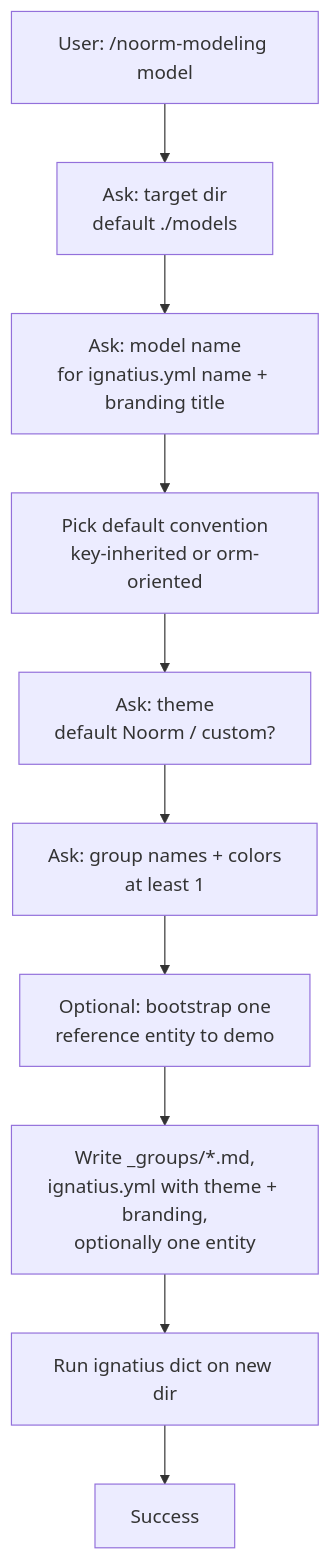
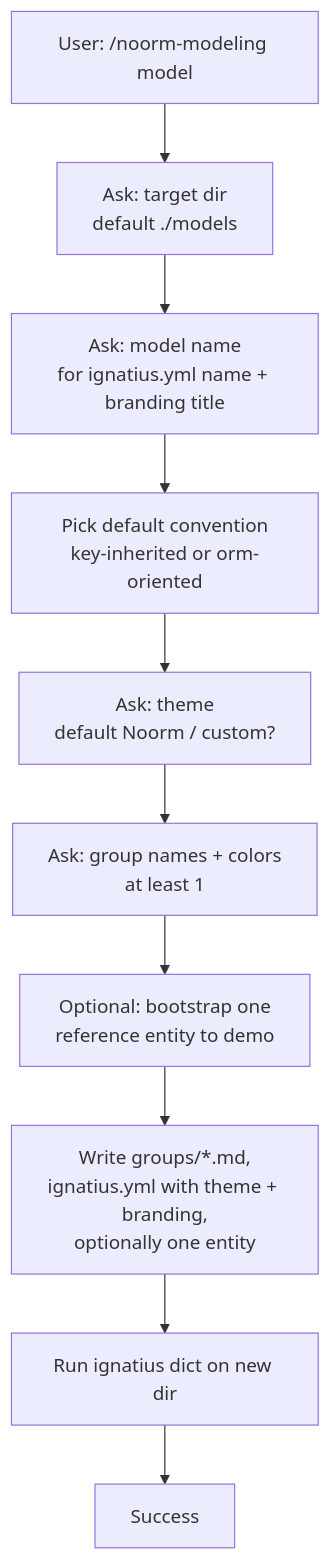
Before and after one commit to noormdev/ignatius: the second of 2 diagrams in docs/design/noorm-modeling-skill.md, drawn with Mermaid. The commit also changed other lines of this file and 210 other files, not shown here.

First line of the commit message:
feat(model): adopt data/ + flows/ folder model (#16)

````diff
--- a/docs/design/noorm-modeling-skill.md
+++ b/docs/design/noorm-modeling-skill.md
@@ -73,12 +73,12 @@
 ```mermaid
 flowchart TD
     Start[User: /noorm-modeling model] --> Q1[Ask: target dir<br/>default ./models]
     Q1 --> Q2[Ask: model name<br/>for ignatius.yml name + branding title]
     Q2 --> Q3[Pick default convention<br/>key-inherited or orm-oriented]
     Q3 --> Q4[Ask: theme<br/>default Noorm / custom?]
     Q4 --> Q5[Ask: group names + colors<br/>at least 1]
     Q5 --> Q6[Optional: bootstrap one<br/>reference entity to demo]
-    Q6 --> Write[Write _groups/*.md,<br/>ignatius.yml with theme + branding,<br/>optionally one entity]
+    Q6 --> Write[Write groups/*.md,<br/>ignatius.yml with theme + branding,<br/>optionally one entity]
     Write --> Lint[Run ignatius dict on new dir]
     Lint --> Success
 ```
````
